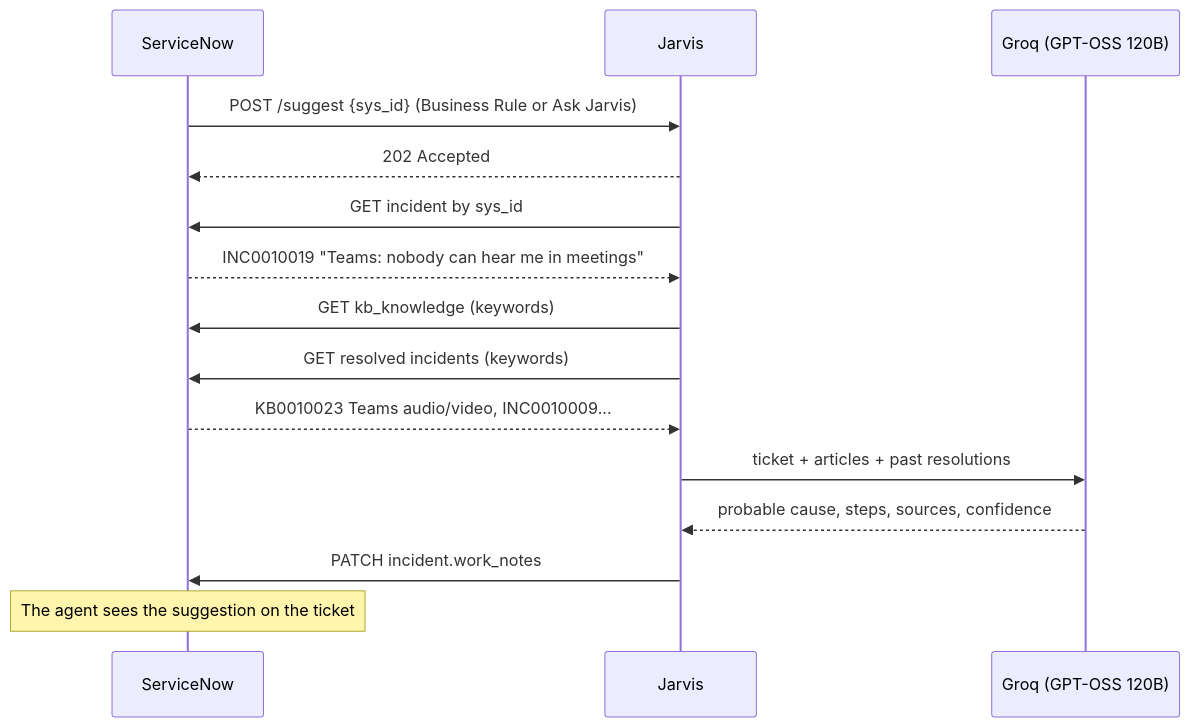
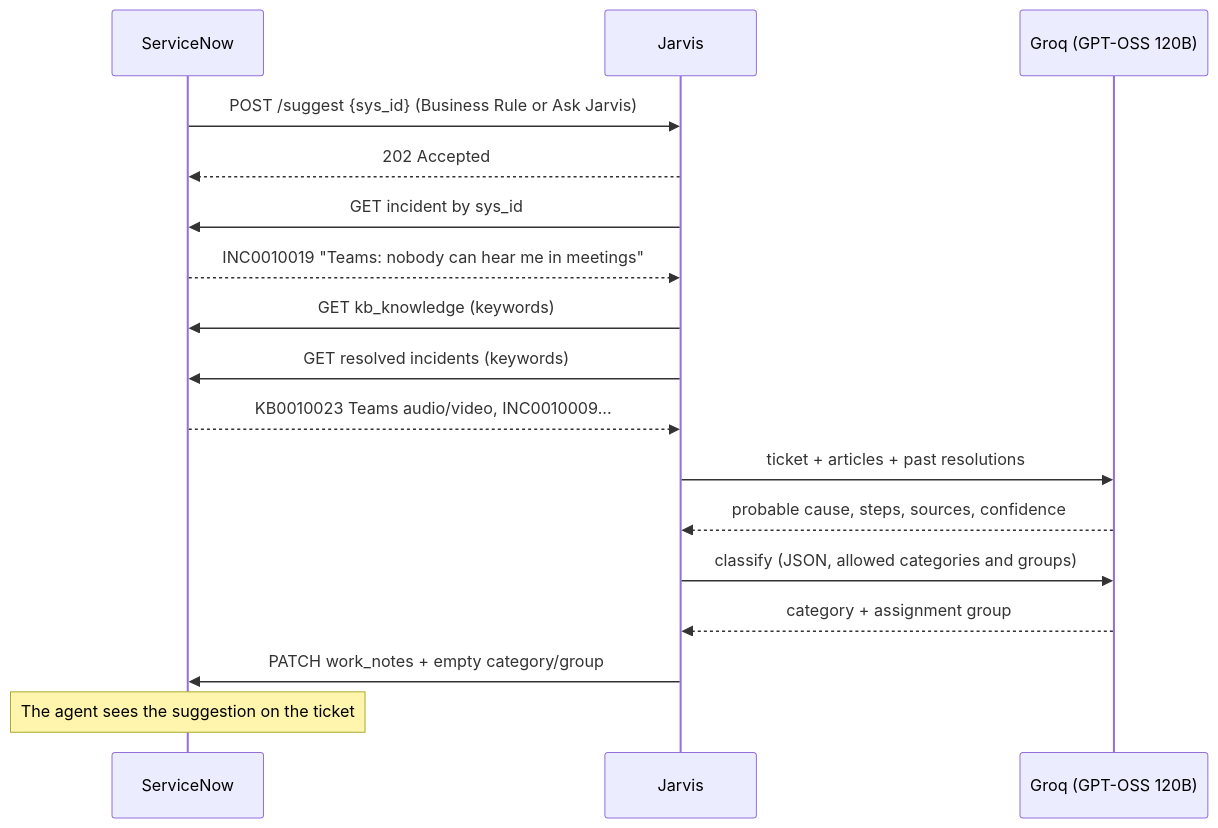
One commit to tortonef/jarvis-servicenow changed the second of 2 diagrams in README.md. Above: the diagram before and after it, drawn with Mermaid. The commit also changed other lines of this file and 6 other files, not shown here.

First line of the commit message:
Auto-triage: category and assignment group

````diff
--- a/README.md
+++ b/README.md
@@ -29,17 +29,19 @@
 ```mermaid
 sequenceDiagram
     participant SN as ServiceNow
     participant J as Jarvis
     participant LLM as Groq (GPT-OSS 120B)
     SN->>J: POST /suggest {sys_id} (Business Rule or Ask Jarvis)
     J-->>SN: 202 Accepted
     J->>SN: GET incident by sys_id
     SN-->>J: INC0010019 "Teams: nobody can hear me in meetings"
     J->>SN: GET kb_knowledge (keywords)
     J->>SN: GET resolved incidents (keywords)
     SN-->>J: KB0010023 Teams audio/video, INC0010009...
     J->>LLM: ticket + articles + past resolutions
     LLM-->>J: probable cause, steps, sources, confidence
-    J->>SN: PATCH incident.work_notes
+    J->>LLM: classify (JSON, allowed categories and groups)
+    LLM-->>J: category + assignment group
+    J->>SN: PATCH work_notes + empty category/group
     Note over SN: The agent sees the suggestion on the ticket
 ```
````
